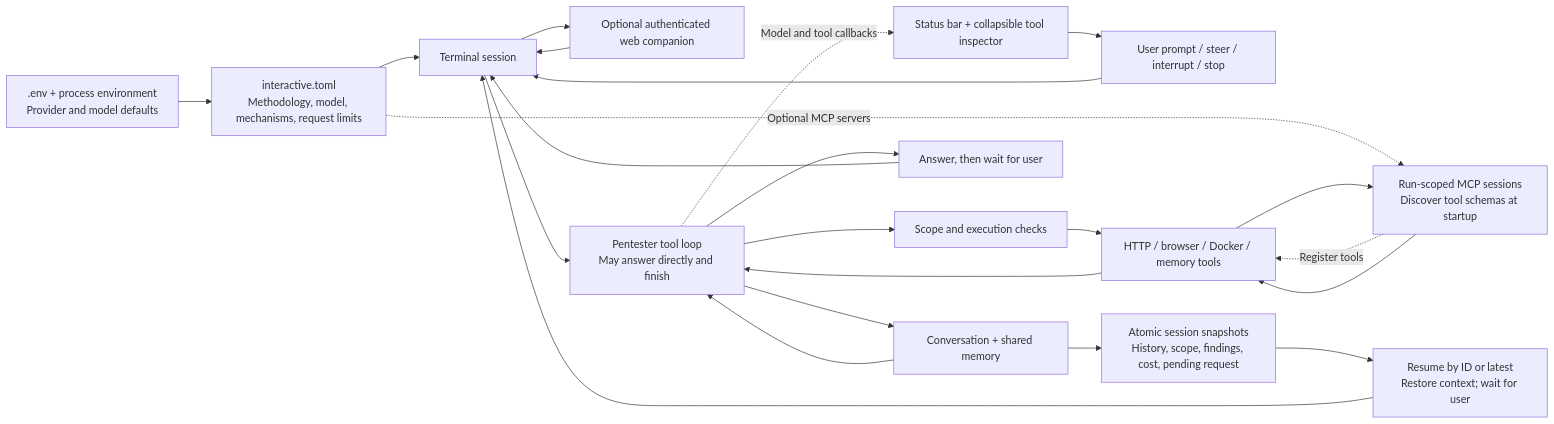
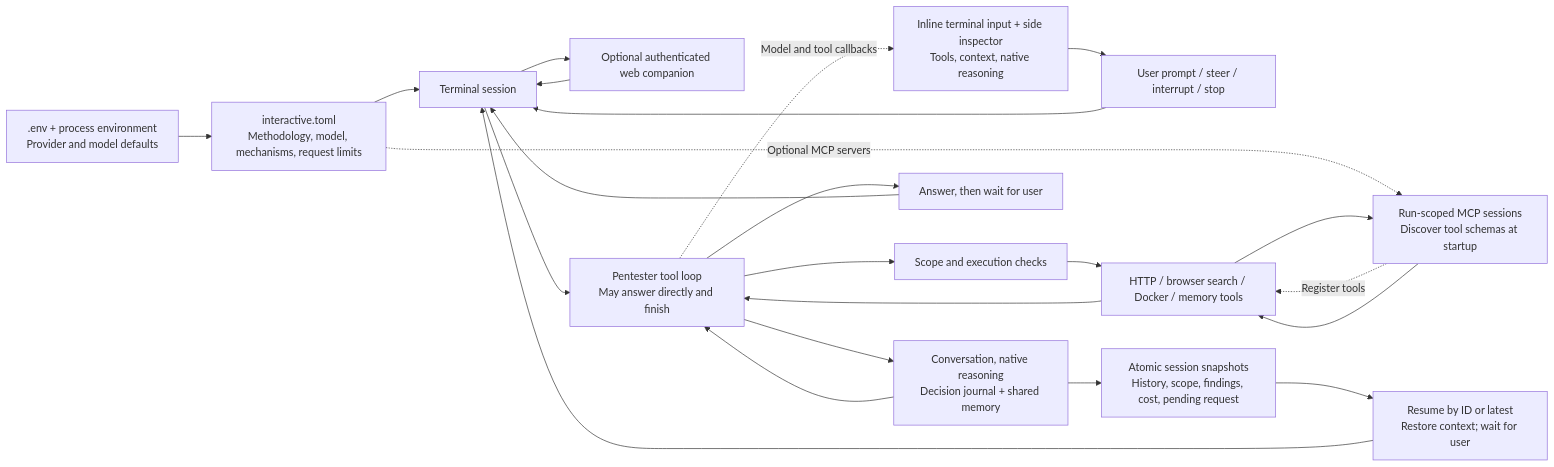
One commit to tsirolnik/fantasma changed the first of 3 diagrams in docs/architecture.md. Above: the diagram before and after it, drawn with Mermaid. The commit also changed other lines of this file and 7 other files, not shown here.

````diff
--- a/docs/architecture.md
+++ b/docs/architecture.md
@@ -26,25 +26,25 @@
 ```mermaid
 flowchart LR
     PROFILE["interactive.toml<br/>Methodology, model, mechanisms, request limits"] --> SESSION["Terminal session"]
     USER["User prompt / steer / interrupt / stop"] --> SESSION
     WEB["Optional authenticated web companion"] --> SESSION
     SESSION --> WEB
     SESSION --> AGENT["Pentester tool loop<br/>May answer directly and finish"]
     AGENT --> CHECK["Scope and execution checks"]
-    CHECK --> TOOLS["HTTP / browser / Docker / memory tools"]
+    CHECK --> TOOLS["HTTP / browser search / Docker / memory tools"]
     PROFILE -. "Optional MCP servers" .-> MCP["Run-scoped MCP sessions<br/>Discover tool schemas at startup"]
     MCP -. "Register tools" .-> TOOLS
     TOOLS --> MCP
     MCP --> TOOLS
     TOOLS --> AGENT
     ENV[".env + process environment<br/>Provider and model defaults"] --> PROFILE
-    AGENT --> HISTORY["Conversation + shared memory"]
+    AGENT --> HISTORY["Conversation, native reasoning<br/>Decision journal + shared memory"]
     HISTORY --> SAVE["Atomic session snapshots<br/>History, scope, findings, cost, pending request"]
     SAVE --> RESUME["Resume by ID or latest<br/>Restore context; wait for user"]
     RESUME --> SESSION
-    AGENT -. "Model and tool callbacks" .-> INSPECT["Status bar + collapsible tool inspector"]
+    AGENT -. "Model and tool callbacks" .-> INSPECT["Inline terminal input + side inspector<br/>Tools, context, native reasoning"]
     INSPECT --> USER
     HISTORY --> AGENT
     AGENT --> ANSWER["Answer, then wait for user"]
     ANSWER --> SESSION
 ```
````
